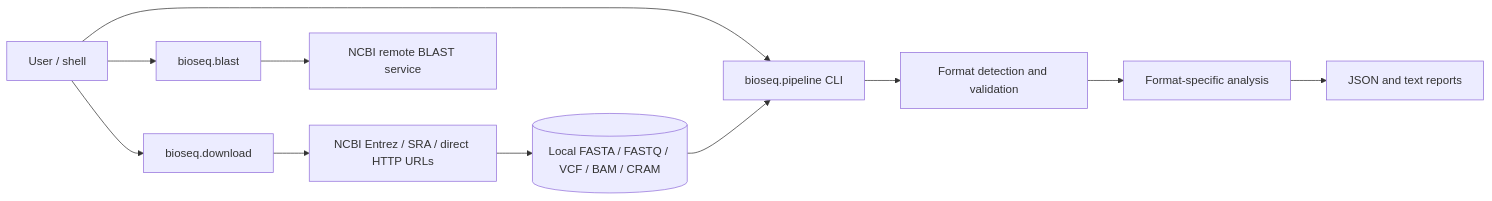
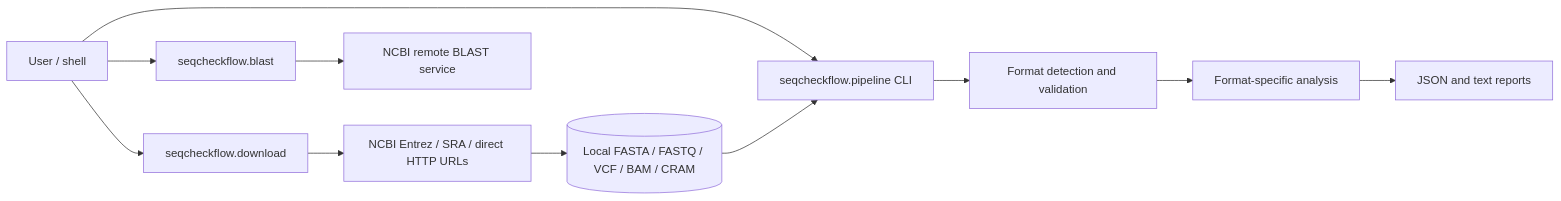
The first of 3 diagrams in ARCHITECTURE.md (Gculb/BioSeq_Project), drawn with Mermaid before and after one commit. The commit also changed other lines of this file and 30 other files, not shown here.

````diff
--- a/ARCHITECTURE.md
+++ b/ARCHITECTURE.md
@@ -17,20 +17,20 @@
 ```mermaid
 flowchart LR
     User[User / shell]
-    CLI[bioseq.pipeline CLI]
+    CLI[seqcheckflow.pipeline CLI]
     Detect[Format detection and validation]
     Analyze[Format-specific analysis]
     Reports[JSON and text reports]
     Source[(Local FASTA / FASTQ / VCF / BAM / CRAM)]
-    Download[bioseq.download]
+    Download[seqcheckflow.download]
     NCBI[NCBI Entrez / SRA / direct HTTP URLs]
-    Blast[bioseq.blast]
+    Blast[seqcheckflow.blast]
     NCBIBlast[NCBI remote BLAST service]
 
     User --> CLI
     Source --> CLI
     CLI --> Detect --> Analyze --> Reports
     User --> Download --> NCBI
     NCBI --> Source
     User --> Blast --> NCBIBlast
 ```
````
